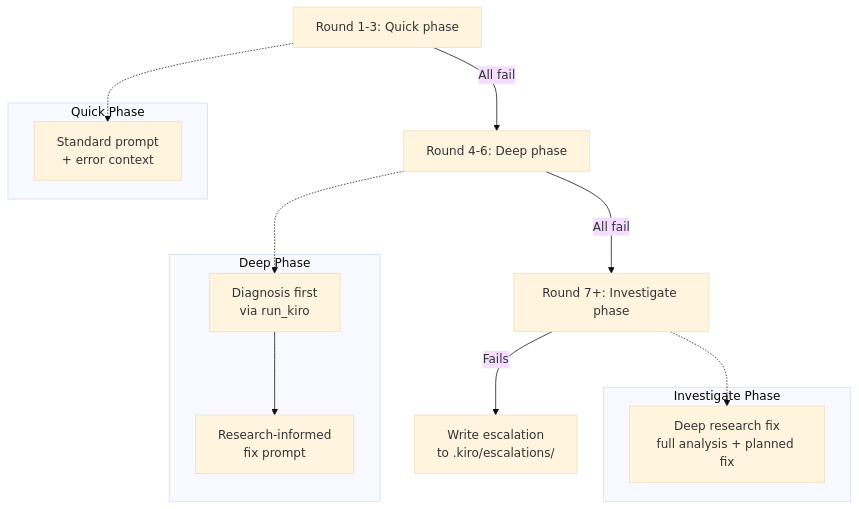
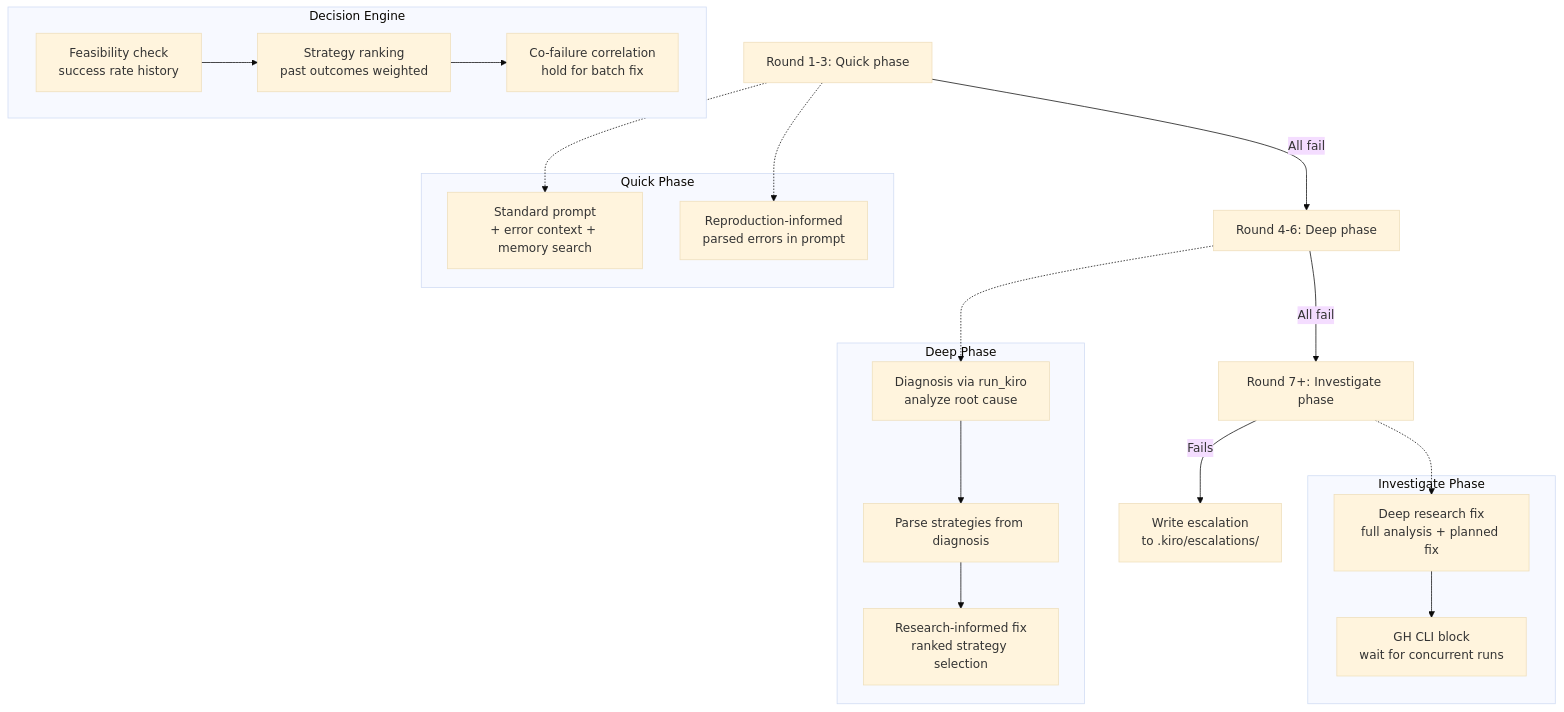
One commit to perezjoseph/Gestion-inmobiliaria changed the third of 11 diagrams in scripts/quality_webhook/Architecture.md. Above: the diagram before and after it, drawn with Mermaid (base theme). The commit also changed other lines of this file and 6 other files, not shown here.

````diff
--- a/scripts/quality_webhook/Architecture.md
+++ b/scripts/quality_webhook/Architecture.md
@@ -103,24 +132,36 @@
 ```mermaid
 flowchart TD
     R1[Round 1-3: Quick phase] -->|All fail| R2[Round 4-6: Deep phase]
     R2 -->|All fail| R3[Round 7+: Investigate phase]
     R3 -->|Fails| ESC[Write escalation<br/>to .kiro/escalations/]
 
     subgraph "Quick Phase"
-        Q1[Standard prompt<br/>+ error context]
+        Q1[Standard prompt<br/>+ error context + memory search]
+        Q2[Reproduction-informed<br/>parsed errors in prompt]
     end
 
     subgraph "Deep Phase"
-        D1[Diagnosis first<br/>via run_kiro]
-        D2[Research-informed<br/>fix prompt]
-        D1 --> D2
+        D1[Diagnosis via run_kiro<br/>analyze root cause]
+        D2[Parse strategies from diagnosis]
+        D3[Research-informed fix<br/>ranked strategy selection]
+        D1 --> D2 --> D3
     end
 
     subgraph "Investigate Phase"
         I1[Deep research fix<br/>full analysis + planned fix]
+        I2[GH CLI block<br/>wait for concurrent runs]
+        I1 --> I2
     end
 
     R1 -.-> Q1
+    R1 -.-> Q2
     R2 -.-> D1
     R3 -.-> I1
+
+    subgraph "Decision Engine"
+        FE[Feasibility check<br/>success rate history]
+        SR[Strategy ranking<br/>past outcomes weighted]
+        CO[Co-failure correlation<br/>hold for batch fix]
+        FE --> SR --> CO
+    end
 ```
````
